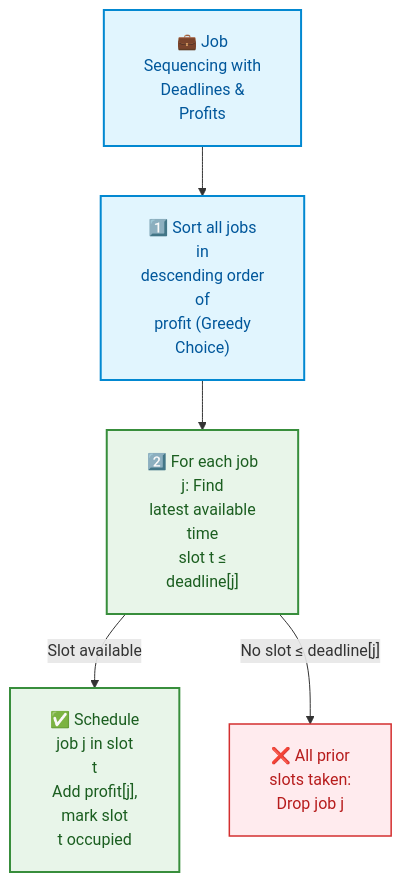
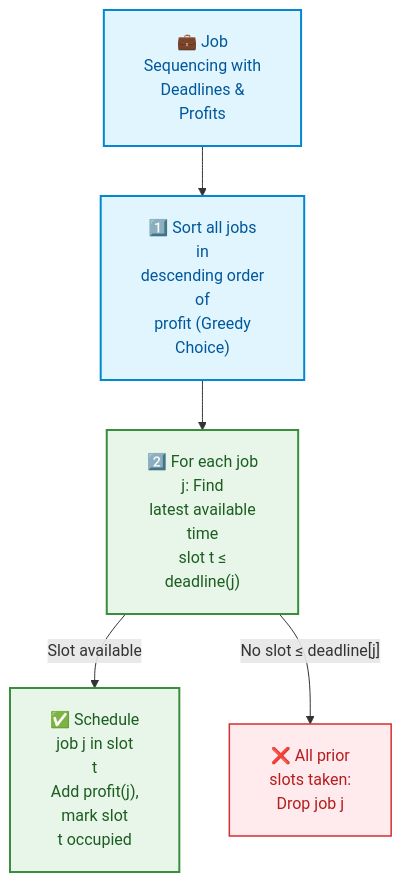
One commit to dip4k/DSA_102 changed the third of 4 diagrams in week_12_greedy_and_paradigms/WEEK_12_FULL_PLAYBOOK.md. Above: the diagram before and after it, drawn with Mermaid. The commit also changed 147 other files, not shown here.

First line of the commit message:
feat(curriculum): enrich Weeks 01-19 instructional modules & resolve repository-wide Mermaid cutoff

````diff
--- a/week_12_greedy_and_paradigms/WEEK_12_FULL_PLAYBOOK.md
+++ b/week_12_greedy_and_paradigms/WEEK_12_FULL_PLAYBOOK.md
@@ -838,13 +838,13 @@
 ```mermaid
 %%{init: {"flowchart": {"htmlLabels": true, "padding": 20}, "themeCSS": "foreignObject { overflow: visible !important; }"}}%%
 flowchart TD
-    classDef sort fill:#e1f5fe,stroke:#0288d1,color:#01579b,stroke-width:2px;
-    classDef slot fill:#e8f5e9,stroke:#388e3c,color:#1b5e20,stroke-width:2px;
-    classDef prune fill:#ffebee,stroke:#d32f2f,color:#b71c1c,stroke-width:1.5px;
+    classDef sort fill:#e1f5fe,stroke:#0288d1,color:#01579b,stroke-width:2px
+    classDef slot fill:#e8f5e9,stroke:#388e3c,color:#1b5e20,stroke-width:2px
+    classDef prune fill:#ffebee,stroke:#d32f2f,color:#b71c1c,stroke-width:1.5px
 
     R["💼 Job<br/>Sequencing with<br/>Deadlines &<br/>Profits"]:::sort
     R --> S1["1️⃣ Sort all jobs<br/>in<br/>descending order<br/>of<br/>profit (Greedy<br/>Choice)"]:::sort
-    S1 --> S2["2️⃣ For each job<br/>j: Find<br/>latest available<br/>time<br/>slot t &le;<br/>deadline[j]"]:::slot
-    S2 -->|Slot available| Sched["✅ Schedule<br/>job j in slot<br/>t<br/>Add profit[j],<br/>mark slot<br/>t occupied"]:::slot
+    S1 --> S2["2️⃣ For each job<br/>j: Find<br/>latest available<br/>time<br/>slot t &le;<br/>deadline(j)"]:::slot
+    S2 -->|Slot available| Sched["✅ Schedule<br/>job j in slot<br/>t<br/>Add profit(j),<br/>mark slot<br/>t occupied"]:::slot
     S2 -->|"No slot &le; deadline[j]"| Drop["❌ All prior<br/>slots taken:<br/>Drop job j"]:::prune
 ```
````
